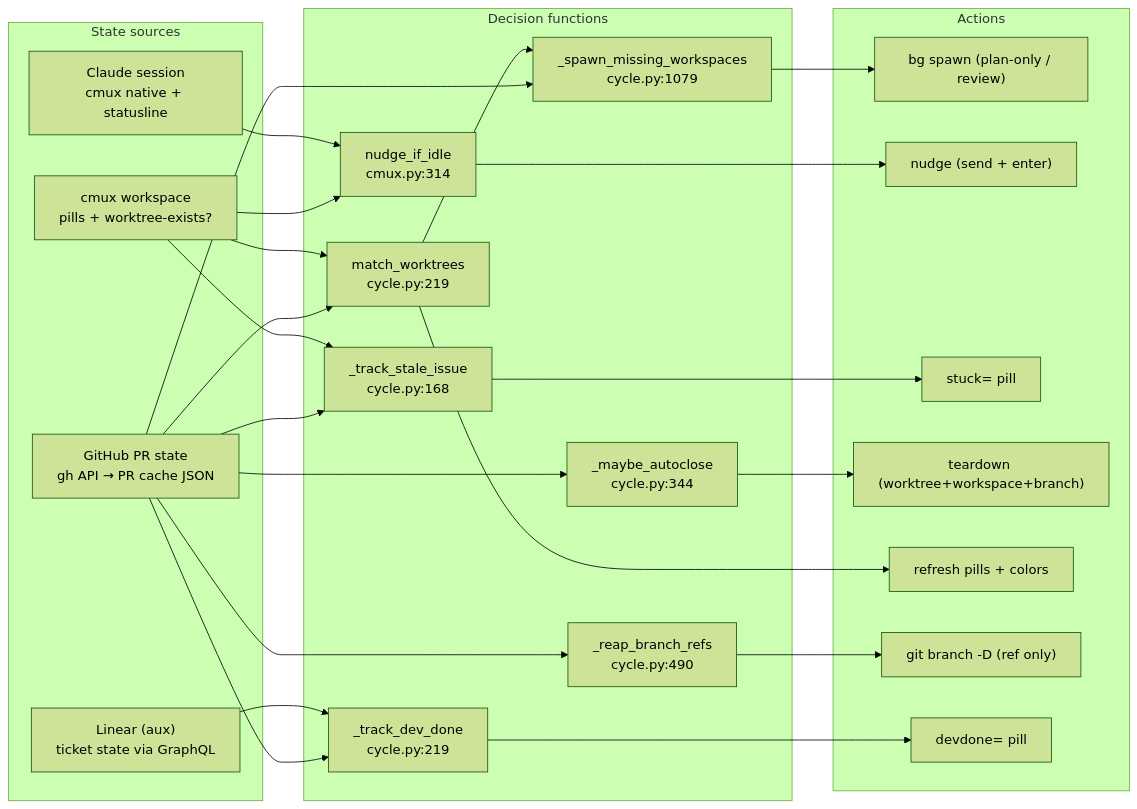
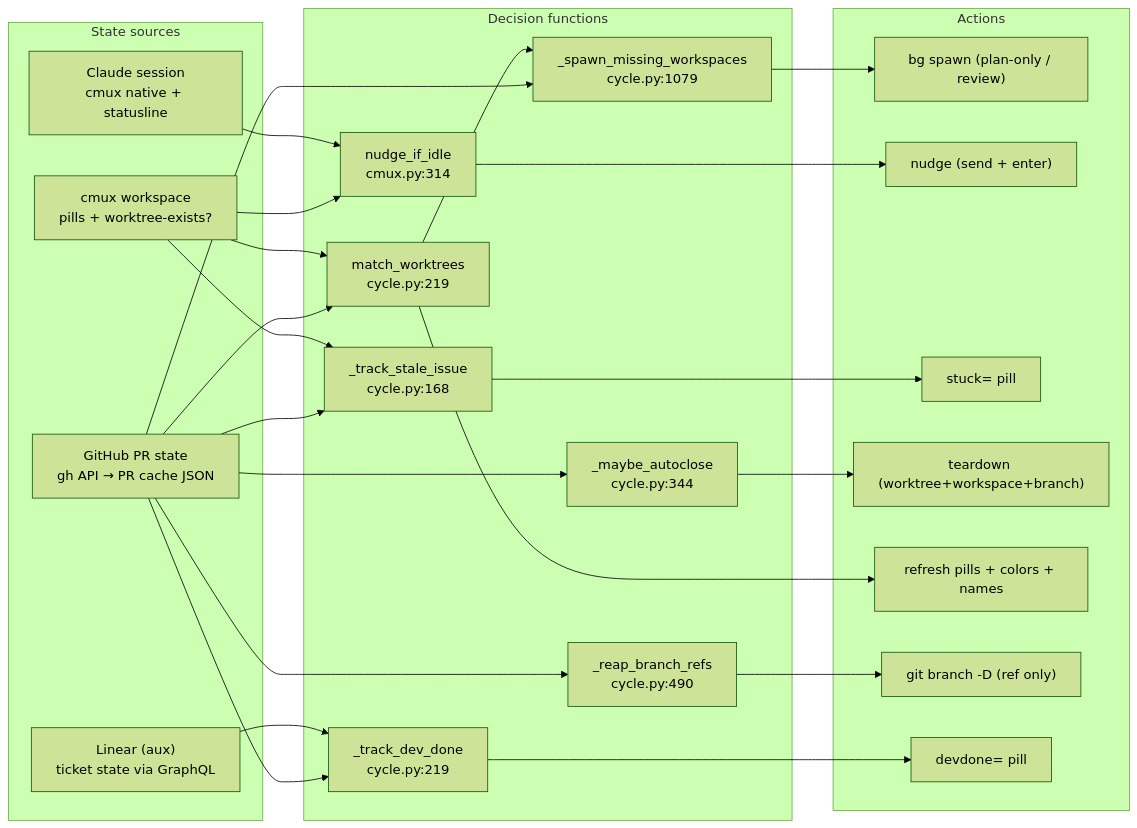
Before and after one commit to khivi/cockpit: the first of 6 diagrams in docs/state-machine.md, drawn with Mermaid (forest theme). The commit also changed other lines of this file and 8 other files, not shown here.

````diff
--- a/docs/state-machine.md
+++ b/docs/state-machine.md
@@ -26,44 +26,44 @@
 ```mermaid
 flowchart LR
   subgraph SRC["State sources"]
     GH["GitHub PR state<br/>gh API → PR cache JSON"]
     CL["Claude session<br/>cmux native + statusline"]
     CM["cmux workspace<br/>pills + worktree-exists?"]
     LIN["Linear (aux)<br/>ticket state via GraphQL"]
   end
 
   subgraph DEC["Decision functions"]
     MW["match_worktrees<br/>cycle.py:219"]
     SM["_spawn_missing_workspaces<br/>cycle.py:1079"]
     NI["nudge_if_idle<br/>cmux.py:314"]
     TS["_track_stale_issue<br/>cycle.py:168"]
     DD["_track_dev_done<br/>cycle.py:219"]
     AC["_maybe_autoclose<br/>cycle.py:344"]
     BR["_reap_branch_refs<br/>cycle.py:490"]
   end
 
   subgraph ACT["Actions"]
     A1["bg spawn (plan-only / review)"]
     A2["nudge (send + enter)"]
     A3["stuck= pill"]
     A4["teardown (worktree+workspace+branch)"]
-    A5["refresh pills + colors"]
+    A5["refresh pills + colors + names"]
     A6["git branch -D (ref only)"]
     A7["devdone= pill"]
   end
 
   GH --> MW & SM & TS & AC & BR
   GH --> DD
   CM --> MW & NI & TS
   CL --> NI
   LIN --> DD
 
   MW --> SM
   SM --> A1
   NI --> A2
   TS --> A3
   AC --> A4
   MW --> A5
   BR --> A6
   DD --> A7
 ```
````
